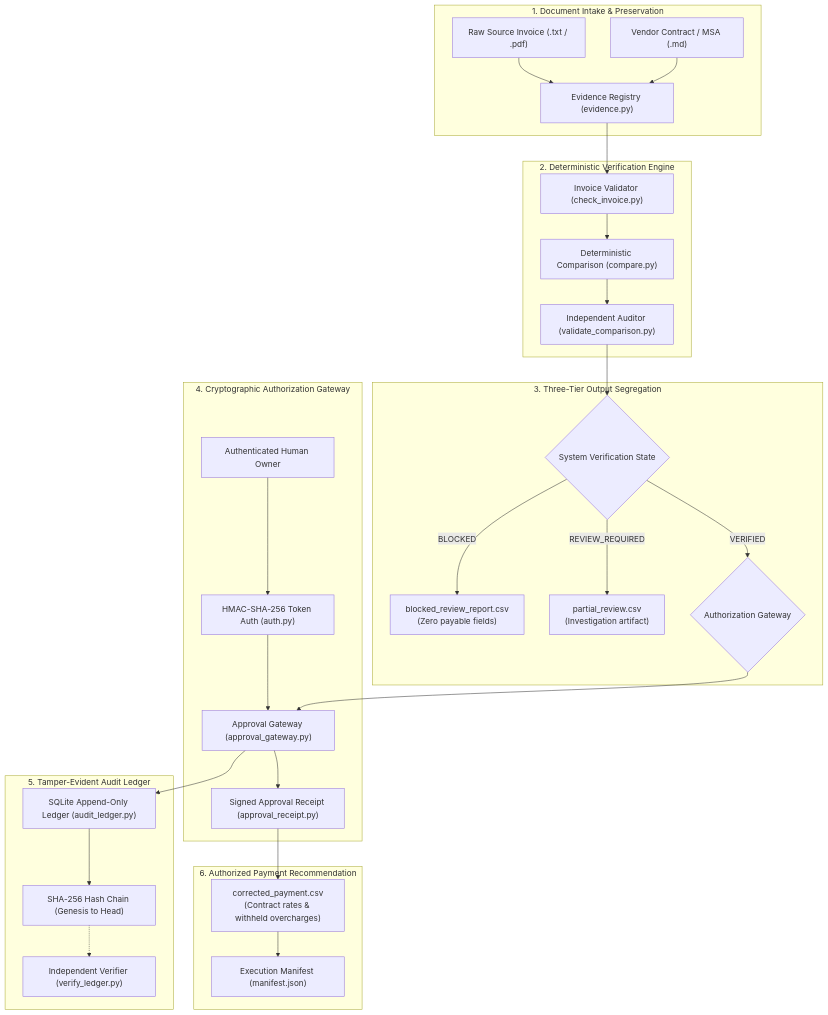
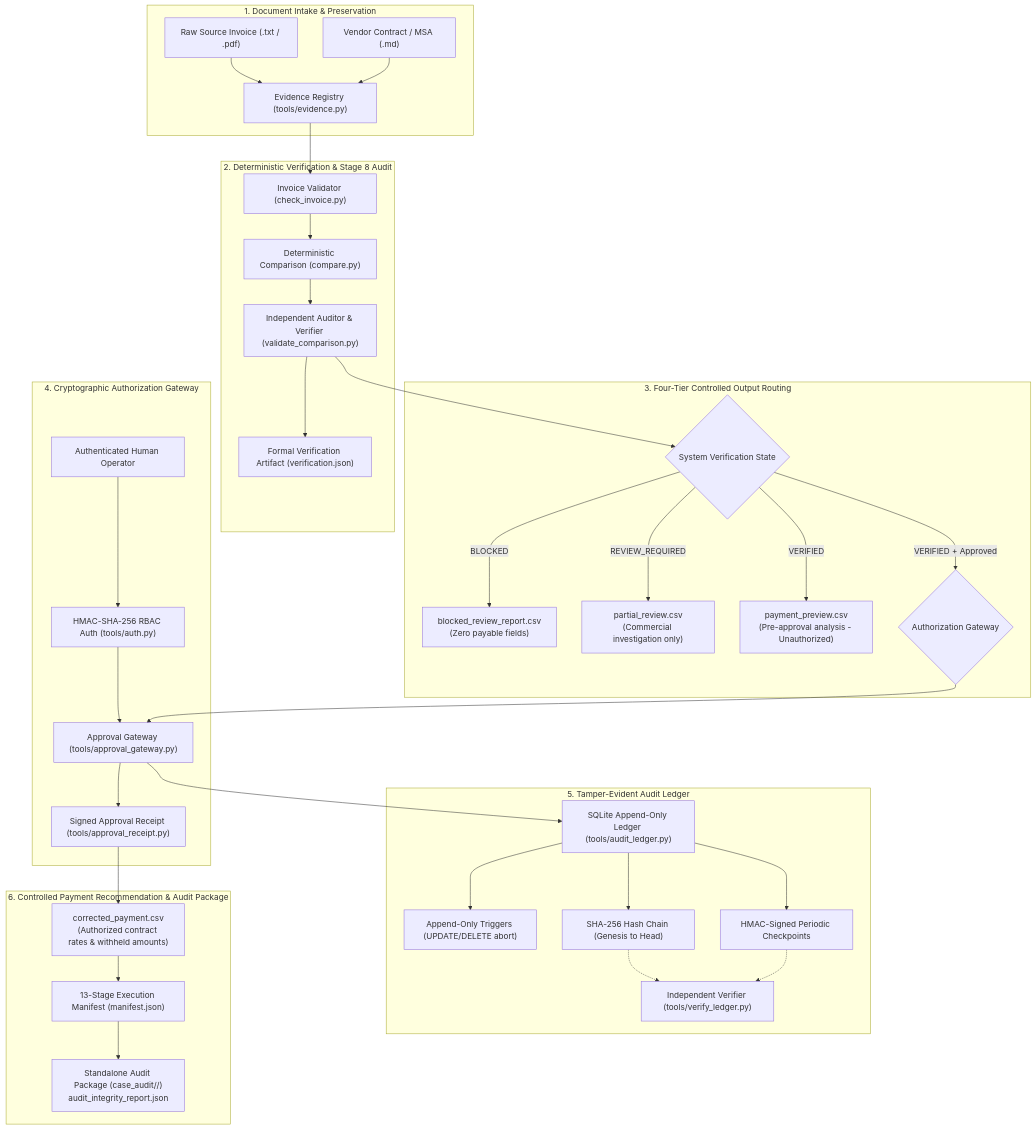
One commit to theninthfoundry/overcharge-desk changed the diagram in docs/ARCHITECTURE.md. Above: the diagram before and after it, drawn with Mermaid. The commit also changed other lines of this file and 6 other files, not shown here.

````diff
--- a/docs/ARCHITECTURE.md
+++ b/docs/ARCHITECTURE.md
@@ -13,50 +13,58 @@
 ```mermaid
 graph TD
     subgraph Intake ["1. Document Intake & Preservation"]
         Raw["Raw Source Invoice (.txt / .pdf)"]
         Contract["Vendor Contract / MSA (.md)"]
-        EvReg["Evidence Registry (evidence.py)"]
+        EvReg["Evidence Registry (tools/evidence.py)"]
         Raw --> EvReg
         Contract --> EvReg
     end
 
-    subgraph Verification ["2. Deterministic Verification Engine"]
+    subgraph Verification ["2. Deterministic Verification & Stage 8 Audit"]
         InvChk["Invoice Validator (check_invoice.py)"]
         Compare["Deterministic Comparison (compare.py)"]
-        ValComp["Independent Auditor (validate_comparison.py)"]
+        ValComp["Independent Auditor & Verifier (validate_comparison.py)"]
+        VerArt["Formal Verification Artifact (verification.json)"]
         EvReg --> InvChk
         InvChk --> Compare
         Compare --> ValComp
+        ValComp --> VerArt
     end
 
-    subgraph Routing ["3. Three-Tier Output Segregation"]
+    subgraph Routing ["3. Four-Tier Controlled Output Routing"]
         ValComp --> State{"System Verification State"}
         State -->|BLOCKED| BlkRep["blocked_review_report.csv<br>(Zero payable fields)"]
-        State -->|REVIEW_REQUIRED| PartRev["partial_review.csv<br>(Investigation artifact)"]
-        State -->|VERIFIED| Gate{"Authorization Gateway"}
+        State -->|REVIEW_REQUIRED| PartRev["partial_review.csv<br>(Commercial investigation only)"]
+        State -->|VERIFIED| PreApp["payment_preview.csv<br>(Pre-approval analysis - Unauthorized)"]
+        State -->|VERIFIED + Approved| Gate{"Authorization Gateway"}
     end
 
     subgraph Authorization ["4. Cryptographic Authorization Gateway"]
-        Owner["Authenticated Human Owner"]
-        TokenAuth["HMAC-SHA-256 Token Auth (auth.py)"]
-        AppGate["Approval Gateway (approval_gateway.py)"]
-        Receipt["Signed Approval Receipt (approval_receipt.py)"]
+        Owner["Authenticated Human Operator"]
+        TokenAuth["HMAC-SHA-256 RBAC Auth (tools/auth.py)"]
+        AppGate["Approval Gateway (tools/approval_gateway.py)"]
+        Receipt["Signed Approval Receipt (tools/approval_receipt.py)"]
         Owner --> TokenAuth
         TokenAuth --> AppGate
         Gate --> AppGate
         AppGate --> Receipt
     end
 
     subgraph Ledger ["5. Tamper-Evident Audit Ledger"]
-        AppGate --> SQLite["SQLite Append-Only Ledger (audit_ledger.py)"]
+        AppGate --> SQLite["SQLite Append-Only Ledger (tools/audit_ledger.py)"]
+        SQLite --> Triggers["Append-Only Triggers (UPDATE/DELETE abort)"]
         SQLite --> HashChain["SHA-256 Hash Chain (Genesis to Head)"]
-        VerLedger["Independent Verifier (verify_ledger.py)"]
+        SQLite --> Chkpt["HMAC-Signed Periodic Checkpoints"]
+        VerLedger["Independent Verifier (tools/verify_ledger.py)"]
         HashChain -.-> VerLedger
+        Chkpt -.-> VerLedger
     end
 
-    subgraph Settlement ["6. Authorized Payment Recommendation"]
-        Receipt --> PaySheet["corrected_payment.csv<br>(Contract rates & withheld overcharges)"]
-        Manifest["Execution Manifest (manifest.json)"]
+    subgraph Settlement ["6. Controlled Payment Recommendation & Audit Package"]
+        Receipt --> PaySheet["corrected_payment.csv<br>(Authorized contract rates & withheld amounts)"]
+        Manifest["13-Stage Execution Manifest (manifest.json)"]
+        AuditPkg["Standalone Audit Package (case_audit/<case_id>/)<br>audit_integrity_report.json"]
         PaySheet --> Manifest
+        Manifest --> AuditPkg
     end
 ```
````
